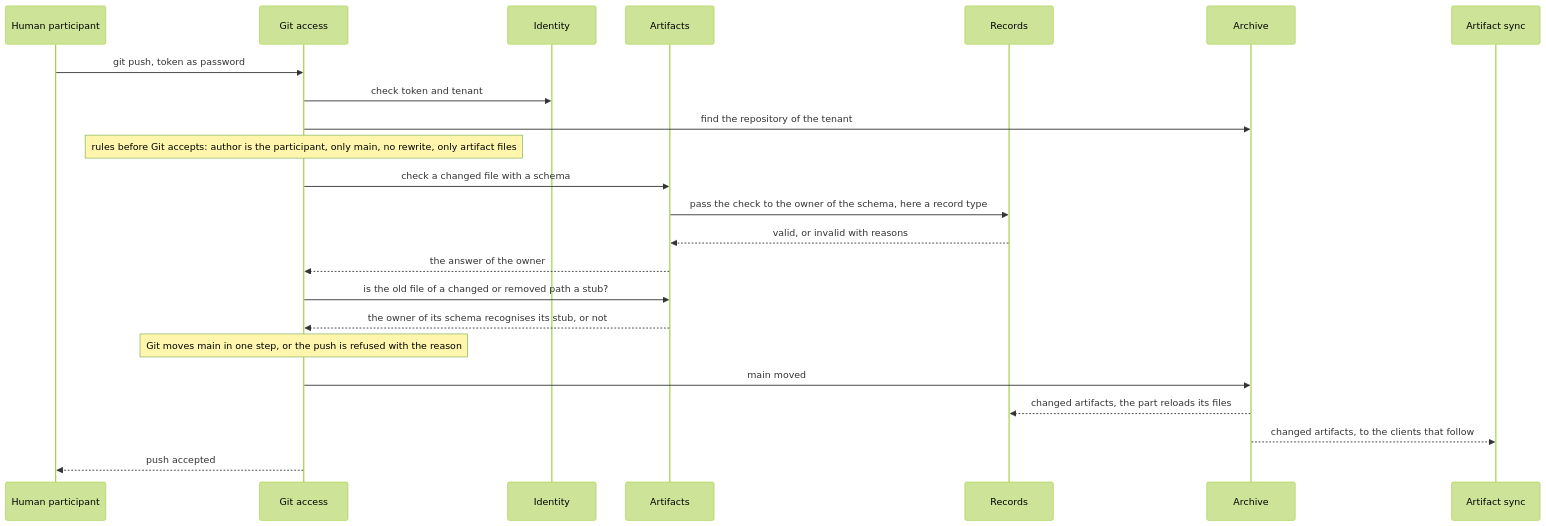
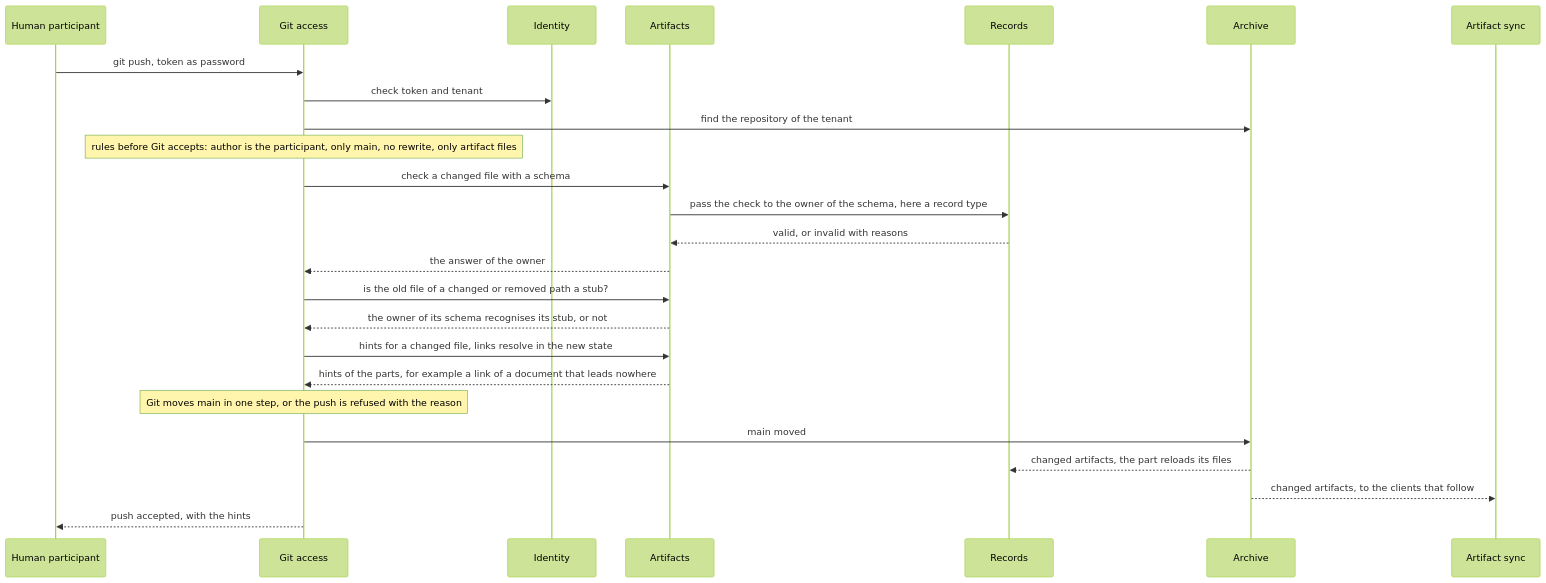
Before and after one commit to mrsimpson/agentic-office: the ninth of 16 diagrams in docs/architecture/06-runtime-view.arc42.md, drawn with Mermaid (forest theme). The commit also changed other lines of this file and 19 other files, not shown here.

First line of the commit message:
feat(documents): front matter schema and hints for broken links (#224)

````diff
--- a/docs/architecture/06-runtime-view.arc42.md
+++ b/docs/architecture/06-runtime-view.arc42.md
@@ -381,25 +383,27 @@
 ```mermaid
 sequenceDiagram
     participant actor_human as Human participant
     participant bb_git_access as Git access
     participant bb_identity as Identity
     participant bb_artifacts as Artifacts
     participant bb_records as Records
     participant bb_archive as Archive
     participant bb_sync as Artifact sync
     actor_human->>bb_git_access: git push, token as password
     bb_git_access->>bb_identity: check token and tenant
     bb_git_access->>bb_archive: find the repository of the tenant
     Note over bb_git_access: rules before Git accepts: author is the participant, only main, no rewrite, only artifact files
     bb_git_access->>bb_artifacts: check a changed file with a schema
     bb_artifacts->>bb_records: pass the check to the owner of the schema, here a record type
     bb_records-->>bb_artifacts: valid, or invalid with reasons
     bb_artifacts-->>bb_git_access: the answer of the owner
     bb_git_access->>bb_artifacts: is the old file of a changed or removed path a stub?
     bb_artifacts-->>bb_git_access: the owner of its schema recognises its stub, or not
+    bb_git_access->>bb_artifacts: hints for a changed file, links resolve in the new state
+    bb_artifacts-->>bb_git_access: hints of the parts, for example a link of a document that leads nowhere
     Note over bb_git_access: Git moves main in one step, or the push is refused with the reason
     bb_git_access->>bb_archive: main moved
     bb_archive-->>bb_records: changed artifacts, the part reloads its files
     bb_archive-->>bb_sync: changed artifacts, to the clients that follow
-    bb_git_access-->>actor_human: push accepted
+    bb_git_access-->>actor_human: push accepted, with the hints
 ```
````
